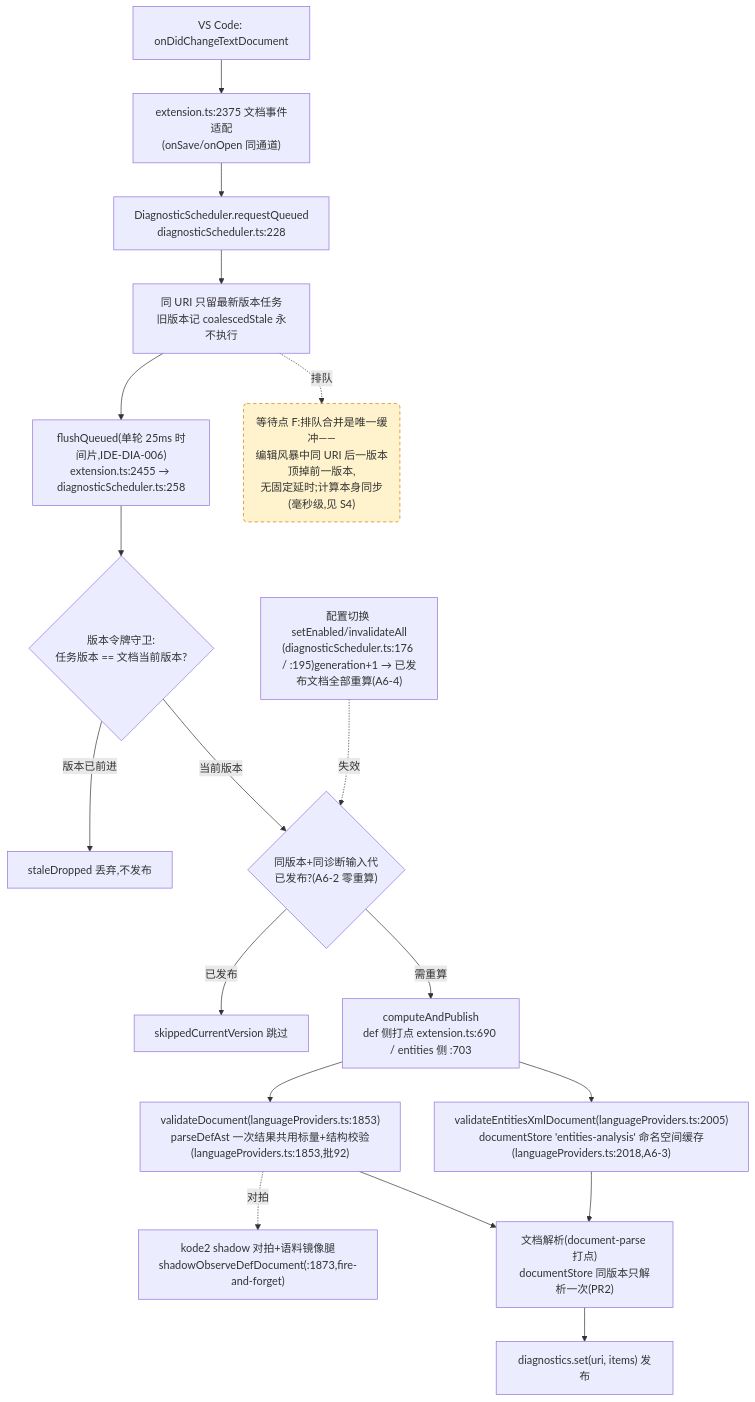
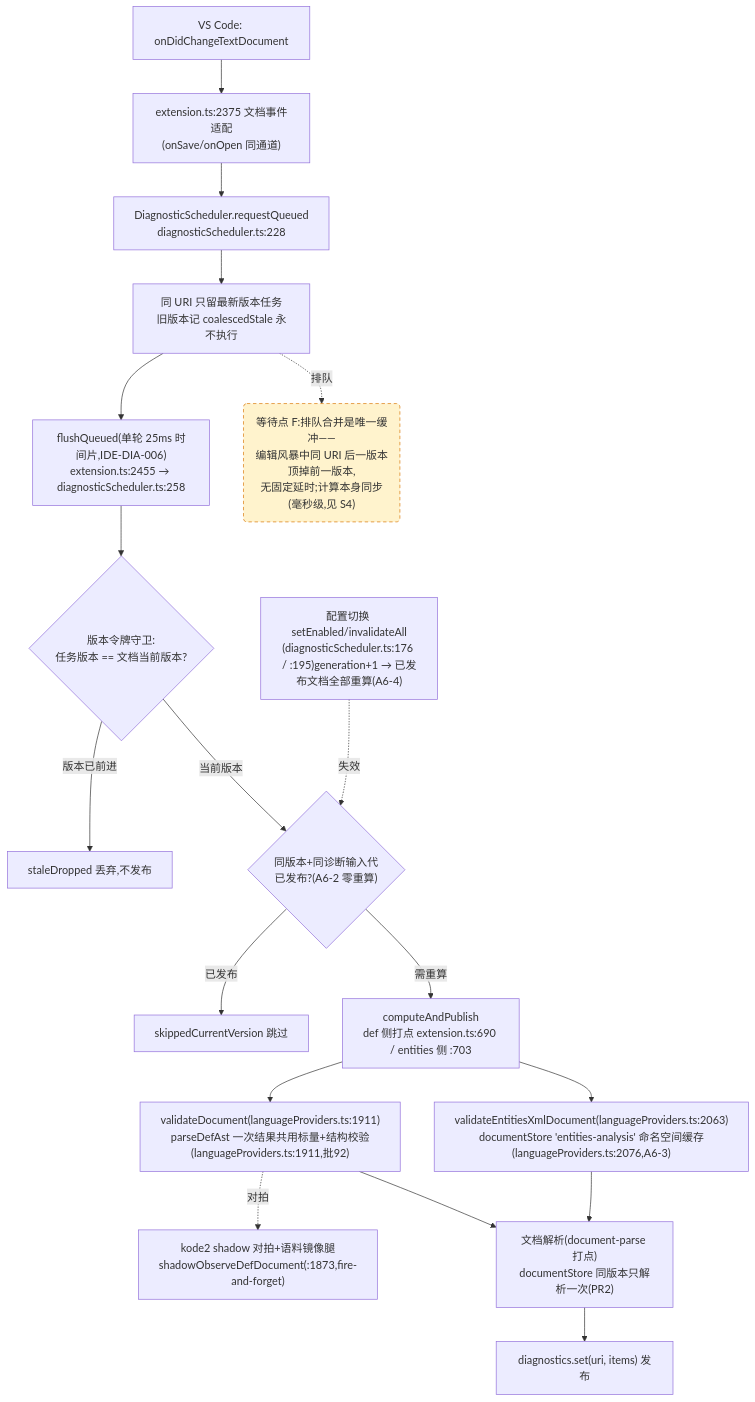
One commit to cuihairu/kode changed the fourth of 4 diagrams in docs/perf/2026-baseline.md. Above: the diagram before and after it, drawn with Mermaid. The commit also changed other lines of this file and 20 other files, not shown here.

````diff
--- a/docs/perf/2026-baseline.md
+++ b/docs/perf/2026-baseline.md
@@ -214,38 +214,38 @@
 ```mermaid
 flowchart TD
   CHG["VS Code: onDidChangeTextDocument"]
   WATCH["extension.ts:2375 文档事件适配<br/>(onSave/onOpen 同通道)"]
   RQ["DiagnosticScheduler.requestQueued<br/>diagnosticScheduler.ts:228"]
   CO["同 URI 只留最新版本任务<br/>旧版本记 coalescedStale 永不执行"]
   FL["flushQueued(单轮 25ms 时间片,IDE-DIA-006)<br/>extension.ts:2455 → diagnosticScheduler.ts:258"]
   VG{"版本令牌守卫:<br/>任务版本 == 文档当前版本?"}
   DROP["staleDropped 丢弃,不发布"]
   GEN{"同版本+同诊断输入代<br/>已发布?(A6-2 零重算)"}
   SKIP["skippedCurrentVersion 跳过"]
   CALC["computeAndPublish<br/>def 侧打点 extension.ts:690 / entities 侧 :703"]
-  VD["validateDocument(languageProviders.ts:1853)<br/>parseDefAst 一次结果共用标量+结构校验(languageProviders.ts:1853,批92)"]
-  VEX["validateEntitiesXmlDocument(languageProviders.ts:2005)<br/>documentStore 'entities-analysis' 命名空间缓存(languageProviders.ts:2018,A6-3)"]
+  VD["validateDocument(languageProviders.ts:1911)<br/>parseDefAst 一次结果共用标量+结构校验(languageProviders.ts:1911,批92)"]
+  VEX["validateEntitiesXmlDocument(languageProviders.ts:2063)<br/>documentStore 'entities-analysis' 命名空间缓存(languageProviders.ts:2076,A6-3)"]
   SHDD["kode2 shadow 对拍+语料镜像腿<br/>shadowObserveDefDocument(:1873,fire-and-forget)"]
   DS["文档解析(document-parse 打点)<br/>documentStore 同版本只解析一次(PR2)"]
   PUB["diagnostics.set(uri, items) 发布"]
   CFG2["配置切换 setEnabled/invalidateAll<br/>(diagnosticScheduler.ts:176 / :195)generation+1 → 已发布文档全部重算(A6-4)"]
 
   CHG --> WATCH --> RQ --> CO --> FL --> VG
   VG -- "版本已前进" --> DROP
   VG -- "当前版本" --> GEN
   GEN -- "已发布" --> SKIP
   GEN -- "需重算" --> CALC
   CALC --> VD
   CALC --> VEX
   VD --> DS
   VEX --> DS
   DS --> PUB
   VD -.->|对拍| SHDD
   CFG2 -.->|失效| GEN
 
   WAITF("等待点 F:排队合并是唯一缓冲——<br/>编辑风暴中同 URI 后一版本顶掉前一版本,<br/>无固定延时;计算本身同步(毫秒级,见 S4)")
   CO -.->|排队| WAITF
 
   classDef waitPoint fill:#fff3cd,stroke:#d97706,stroke-dasharray:5 4;
   class WAITF waitPoint;
 ```
````
